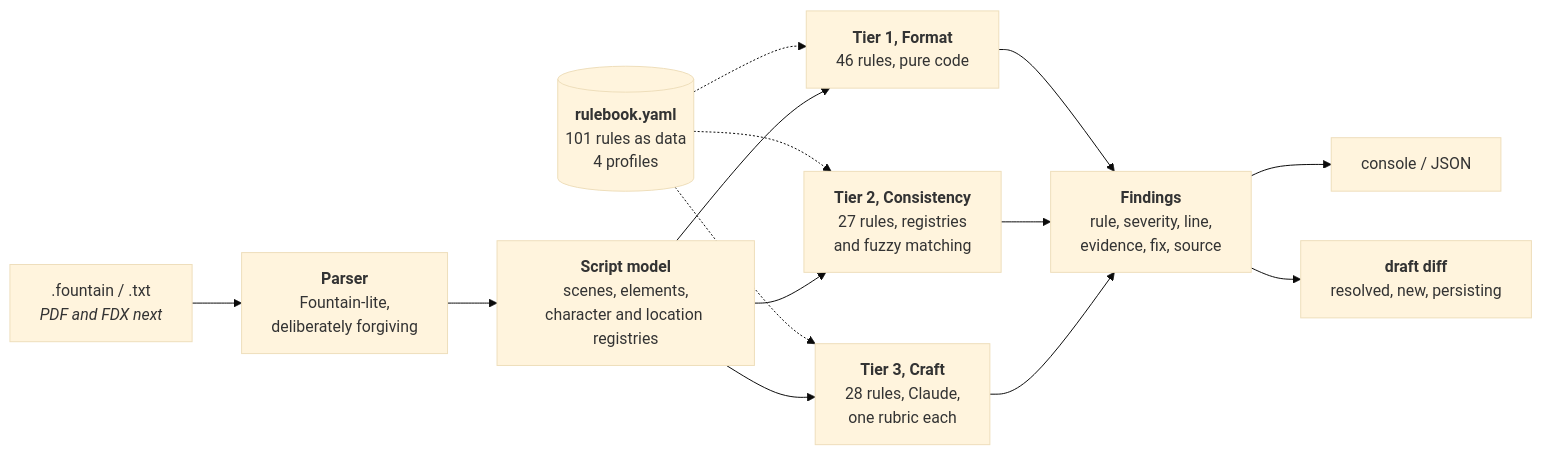
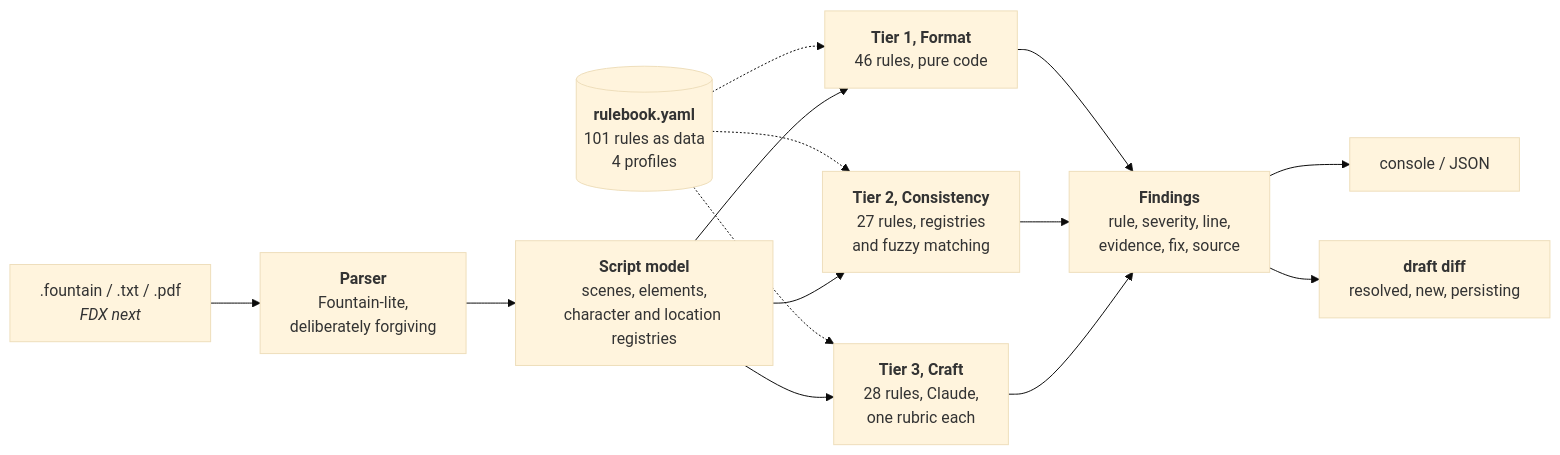
One commit to abhilashbokka/sluglint changed the diagram in README.md. Above: the diagram before and after it, drawn with Mermaid (base theme). The commit also changed other lines of this file and 7 other files, not shown here.

````diff
--- a/README.md
+++ b/README.md
@@ -94,12 +96,12 @@
 ```mermaid
 flowchart LR
-    IN[".fountain / .txt<br/><i>PDF and FDX next</i>"] --> P["<b>Parser</b><br/>Fountain-lite,<br/>deliberately forgiving"]
+    IN[".fountain / .txt / .pdf<br/><i>FDX next</i>"] --> P["<b>Parser</b><br/>Fountain-lite,<br/>deliberately forgiving"]
     P --> S["<b>Script model</b><br/>scenes, elements,<br/>character and location registries"]
     RB[("<b>rulebook.yaml</b><br/>101 rules as data<br/>4 profiles")] -.-> T1 & T2 & T3
     S --> T1["<b>Tier 1, Format</b><br/>46 rules, pure code"]
     S --> T2["<b>Tier 2, Consistency</b><br/>27 rules, registries<br/>and fuzzy matching"]
     S --> T3["<b>Tier 3, Craft</b><br/>28 rules, Claude,<br/>one rubric each"]
     T1 & T2 & T3 --> F["<b>Findings</b><br/>rule, severity, line,<br/>evidence, fix, source"]
     F --> R1["console / JSON"]
     F --> D["<b>draft diff</b><br/>resolved, new, persisting"]
 ```
````
